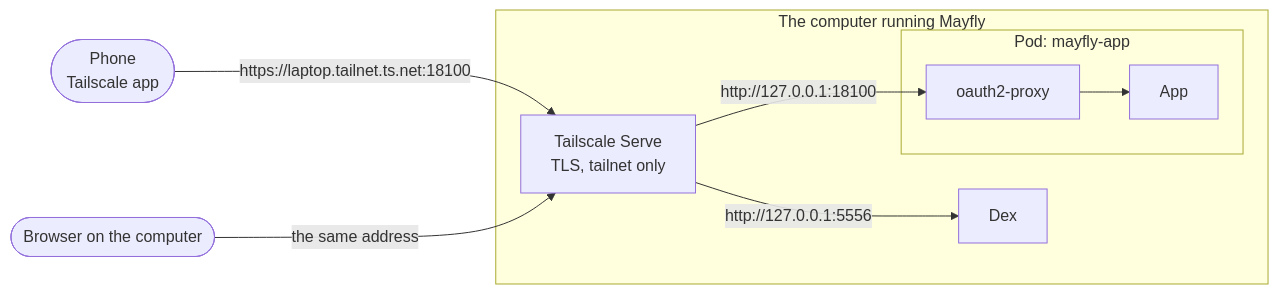
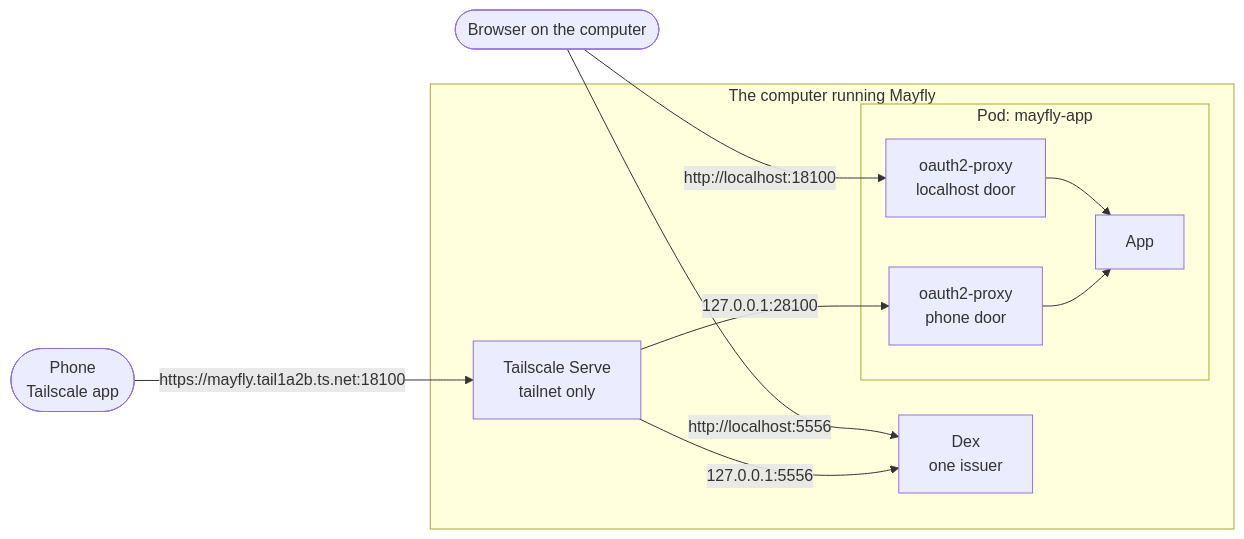
One commit to JGalego/mayfly changed the first of 2 diagrams in docs/design/phone-access.md. Above: the diagram before and after it, drawn with Mermaid. The commit also changed other lines of this file, not shown here.

Commit message:
docs: keep localhost with a second front door for the phone, add an HTTP mode with nothing published, and compare networks

````diff
--- a/docs/design/phone-access.md
+++ b/docs/design/phone-access.md
@@ -11,12 +11,14 @@
 ```mermaid
 flowchart LR
-  phone(["Phone<br/>Tailscale app"]) -->|"https://laptop.tailnet.ts.net:18100"| serve
-  browser(["Browser on the computer"]) -->|"the same address"| serve
+  browser(["Browser on the computer"]) -->|"http://localhost:18100"| local
+  browser -->|"http://localhost:5556"| dex
+  phone(["Phone<br/>Tailscale app"]) -->|"https://mayfly.tail1a2b.ts.net:18100"| serve
   subgraph host["The computer running Mayfly"]
-    serve["Tailscale Serve<br/>TLS, tailnet only"] -->|"http://127.0.0.1:18100"| proxy
-    serve -->|"http://127.0.0.1:5556"| dex["Dex"]
+    serve["Tailscale Serve<br/>tailnet only"] -->|"127.0.0.1:28100"| door
+    serve -->|"127.0.0.1:5556"| dex["Dex<br/>one issuer"]
     subgraph pod["Pod: mayfly-app"]
-      proxy["oauth2-proxy"] --> app["App"]
+      local["oauth2-proxy<br/>localhost door"] --> app["App"]
+      door["oauth2-proxy<br/>phone door"] --> app
     end
   end
 ```
````
